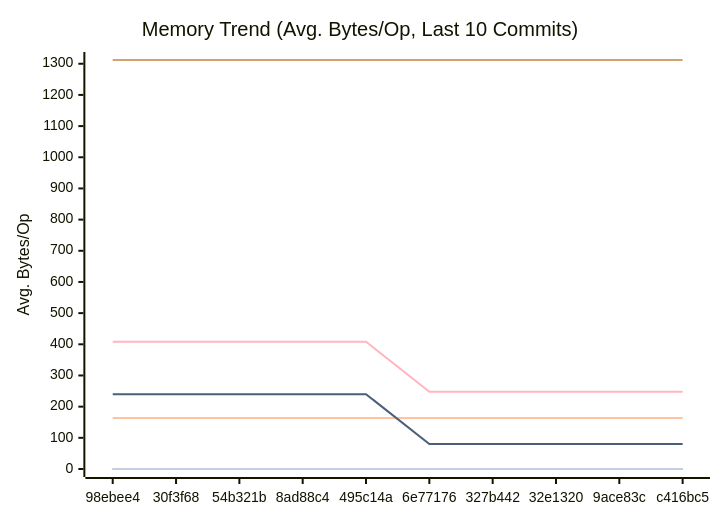
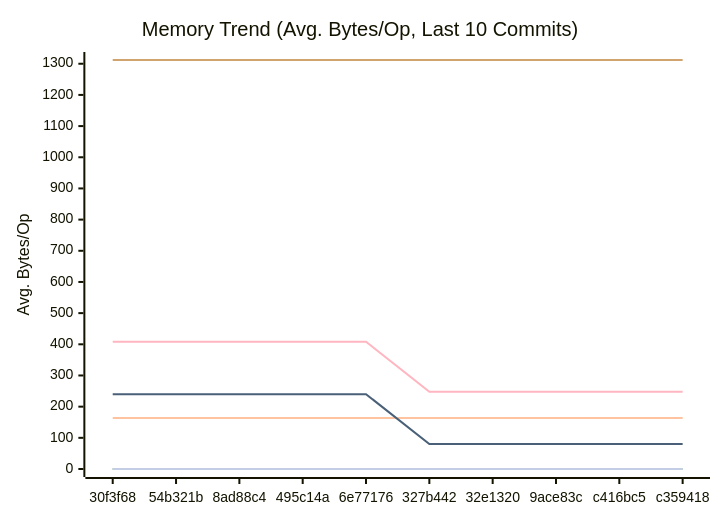
Before and after one commit to alsotoes/momo: the second of 3 diagrams in docs/PERFORMANCE.md, drawn with Mermaid. The commit also changed other lines of this file and 2 other files, not shown here.

````diff
--- a/docs/PERFORMANCE.md
+++ b/docs/PERFORMANCE.md
@@ -142,16 +142,16 @@
 ```mermaid
 xychart-beta
     title "Memory Trend (Avg. Bytes/Op, Last 10 Commits)"
     x-axis "Commit"
     y-axis "Avg. Bytes/Op"
-    x-axis [98ebee4,30f3f68,54b321b,8ad88c4,495c14a,6e77176,327b442,32e1320,9ace83c,c416bc5]
+    x-axis [30f3f68,54b321b,8ad88c4,495c14a,6e77176,327b442,32e1320,9ace83c,c416bc5,c359418]
     line "CheckMetricsAndSwap" [0,0,0,0,0,0,0,0,0,0]
     line "CrushOptimized" [0,0,0,0,0,0,0,0,0,0]
     line "CrushOriginal" [164,164,164,164,164,164,164,164,164,164]
     line "IndexDirectTracking" [0,0,0,0,0,0,0,0,0,0]
     line "IndexSearch" [0,0,0,0,0,0,0,0,0,0]
     line "LoadGlobalConfig" [1312,1312,1312,1312,1312,1312,1312,1312,1312,1312]
     line "PadString" [0,0,0,0,0,0,0,0,0,0]
     line "ParseReplicationOrder_NoPrealloc" [408,408,408,408,408,248,248,248,248,248]
     line "ParseReplicationOrder_Prealloc" [240,240,240,240,240,80,80,80,80,80]
 ```
````
